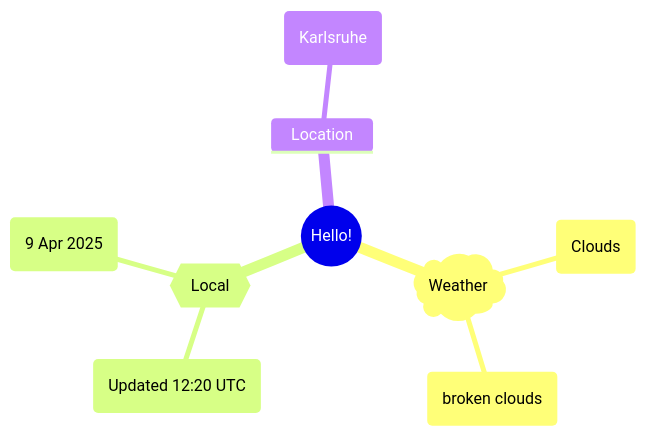
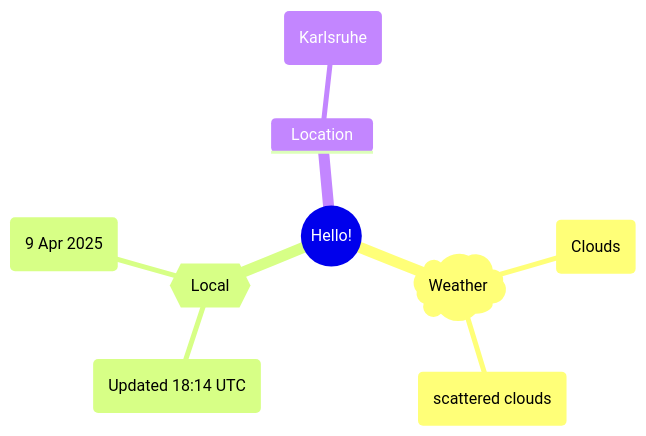
One commit to Xosrov/Xosrov changed the first of 2 diagrams in README.md. Above: the diagram before and after it, drawn with Mermaid.

Commit message:
[bot] updated images

````diff
--- a/README.md
+++ b/README.md
@@ -3,12 +3,12 @@
 ```mermaid
 mindmap
   root((Hello!))
     )Weather(
         (Clouds)
-        (broken clouds)
+        (scattered clouds)
     {{Local}}
-        (Updated 12:20 UTC)
+        (Updated 18:14 UTC)
         (9 Apr 2025)
     Location
         (Karlsruhe)
 ```
````
